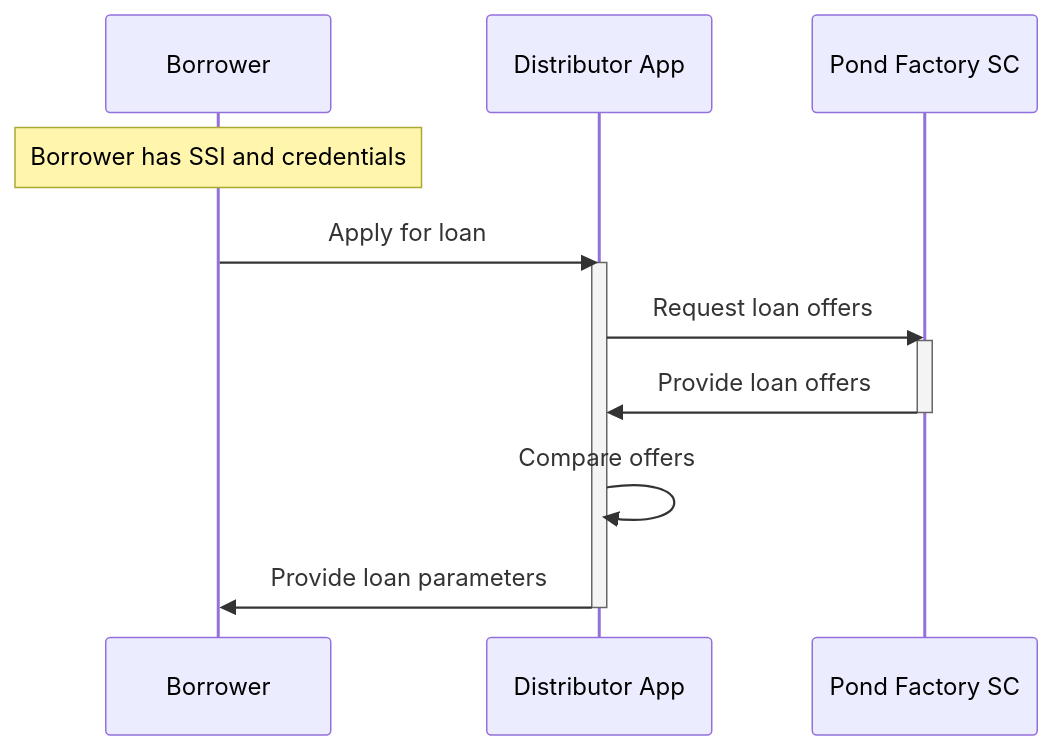
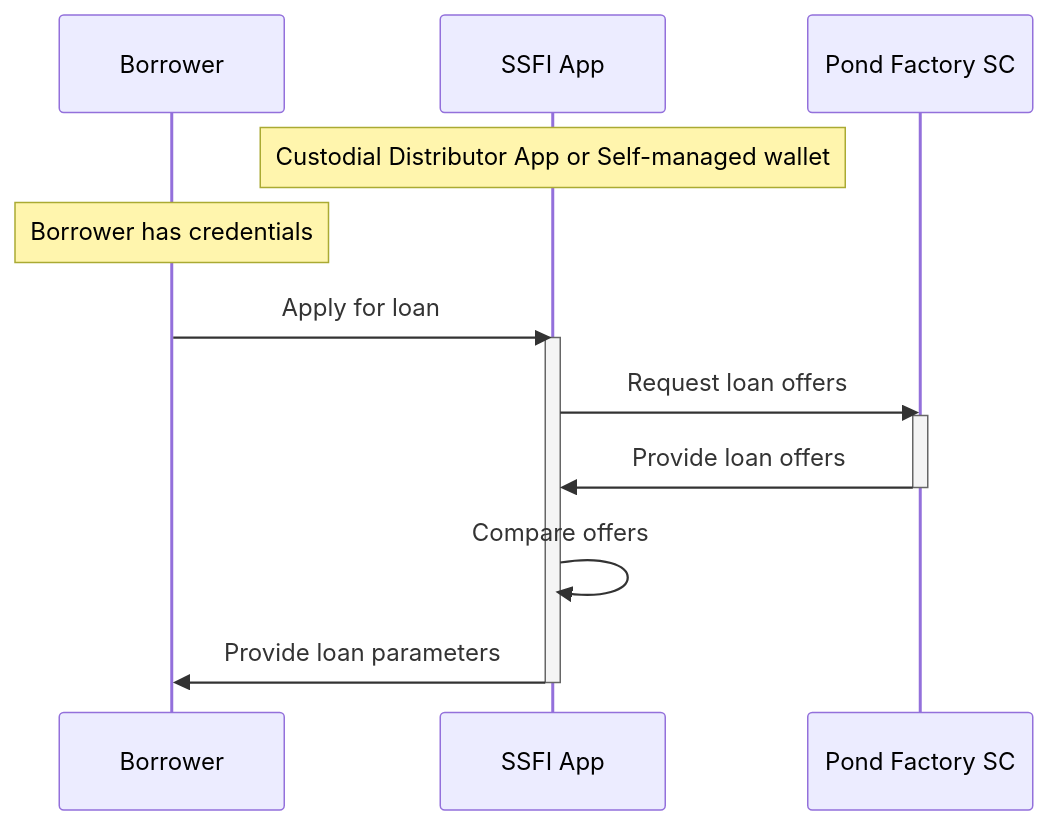
Before and after one commit to growr-xyz/growr-documentation: the first of 2 diagrams in flows/C-Risk-Mgmt-2-Loan-Offer.md, drawn with Mermaid. The commit also changed other lines of this file and 19 other files, not shown here.

````diff
--- a/flows/C-Risk-Mgmt-2-Loan-Offer.md
+++ b/flows/C-Risk-Mgmt-2-Loan-Offer.md
@@ -6,16 +6,17 @@
 ```mermaid
 sequenceDiagram
     participant Borrower
-    participant Distributor App
+    participant SSFI App
     participant Pond Factory SC
-    Note over Borrower: Borrower has SSI and credentials
-    Borrower->>Distributor App: Apply for loan
-    activate Distributor App
-    Distributor App->>Pond Factory SC: Request loan offers
+    Note over SSFI App: Custodial Distributor App or Self-managed wallet
+    Note over Borrower: Borrower has credentials
+    Borrower->>SSFI App: Apply for loan
+    activate SSFI App
+    SSFI App->>Pond Factory SC: Request loan offers
     activate Pond Factory SC
-    Pond Factory SC->>Distributor App: Provide loan offers
+    Pond Factory SC->>SSFI App: Provide loan offers
     deactivate Pond Factory SC
-    Distributor App->>Distributor App: Compare offers
-    Distributor App->>Borrower: Provide loan parameters
-    deactivate Distributor App
+    SSFI App->>SSFI App: Compare offers
+    SSFI App->>Borrower: Provide loan parameters
+    deactivate SSFI App
 ```
````
